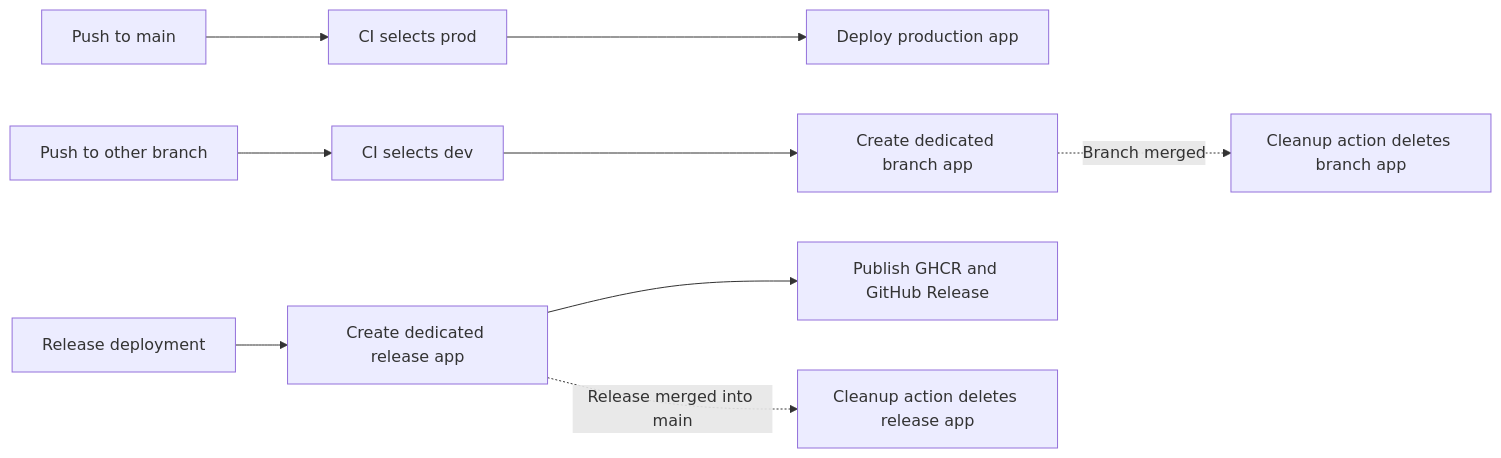
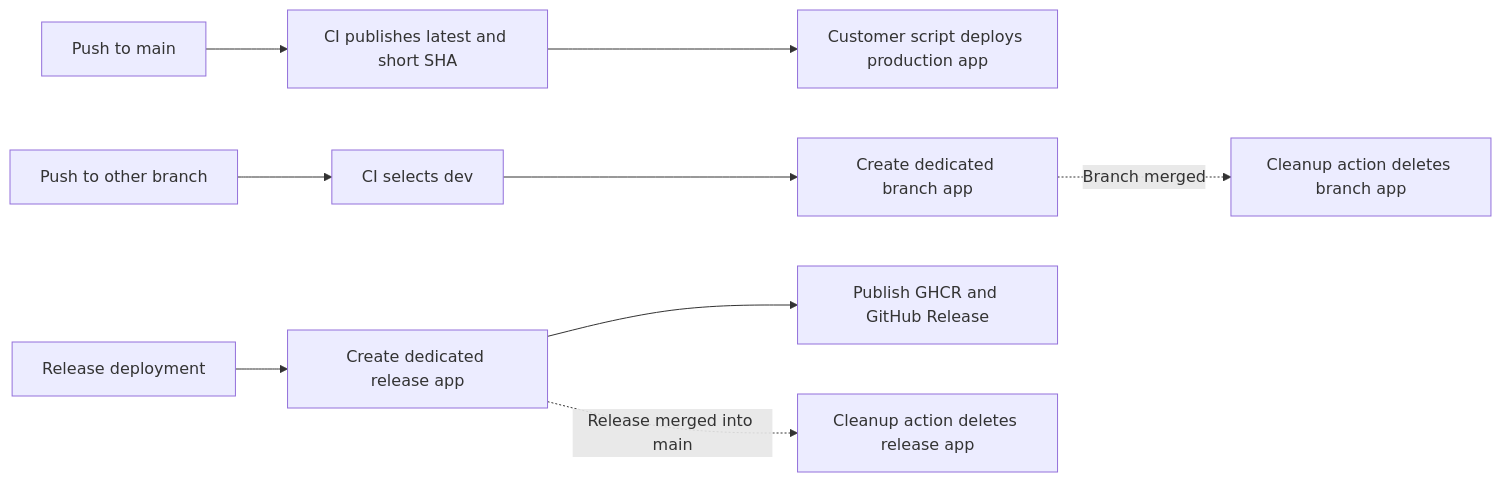
The diagram in docs/environment-deployment-design.md (seekdavidlee/eklee-keyvault), drawn with Mermaid before and after one commit. The commit also changed other lines of this file and 4 other files, not shown here.

Commit message:
CI/CD is only for dev. Prod uses customer managed script to deploy

````diff
--- a/docs/environment-deployment-design.md
+++ b/docs/environment-deployment-design.md
@@ -232,11 +233,11 @@
 ```mermaid
 flowchart LR
-    M["Push to main"] --> C["CI selects prod"]
-  C --> G["Deploy production app"]
+    M["Push to main"] --> C["CI publishes latest and short SHA"]
+  C --> G["Customer script deploys production app"]
   B["Push to other branch"] --> D["CI selects dev"]
   D --> P["Create dedicated branch app"]
   P -. "Branch merged" .-> X["Cleanup action deletes branch app"]
   T["Release deployment"] --> R["Create dedicated release app"]
   R --> V["Publish GHCR and GitHub Release"]
   R -. "Release merged into main" .-> Y["Cleanup action deletes release app"]
 ```
````
